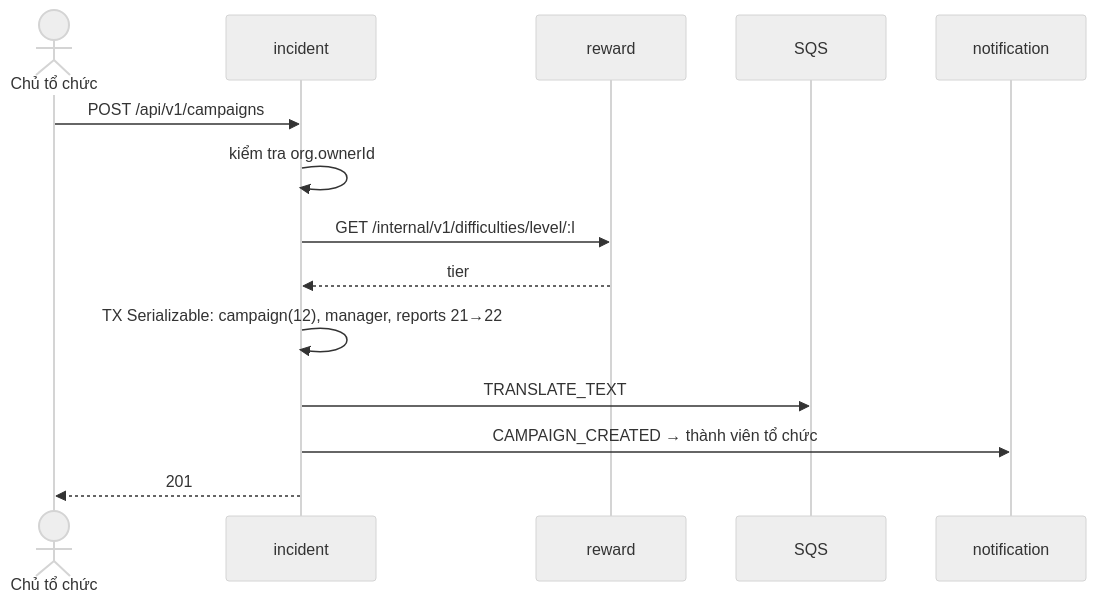
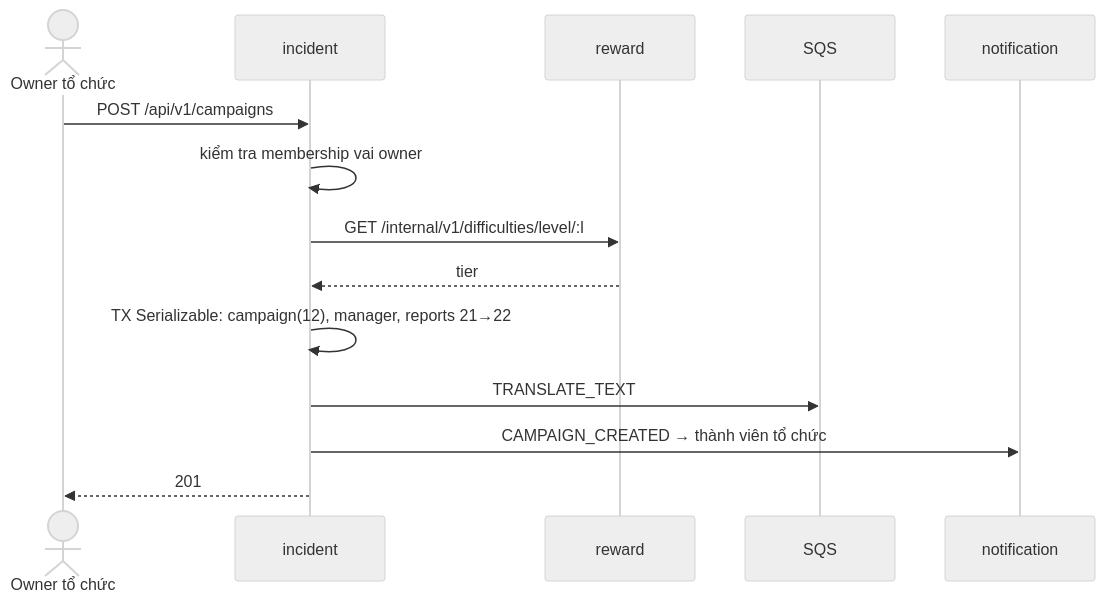
Diagram 14 of 24 in 02-business-flows.md (DOAN2-UQT-KN/ecolink-docs), drawn with Mermaid (neutral theme) before and after one commit. The commit also changed other lines of this file and 10 other files, not shown here.

Commit message:
docs: multi-owner organization registration flow

````diff
--- a/02-business-flows.md
+++ b/02-business-flows.md
@@ -661,16 +586,16 @@
 ```mermaid
 sequenceDiagram
-  actor O as Chủ tổ chức
+  actor O as Owner tổ chức
   participant INC as incident
   participant RW as reward
   participant Q as SQS
   participant NS as notification
   O->>INC: POST /api/v1/campaigns
-  INC->>INC: kiểm tra org.ownerId
+  INC->>INC: kiểm tra membership vai owner
   INC->>RW: GET /internal/v1/difficulties/level/:l
   RW-->>INC: tier
   INC->>INC: TX Serializable: campaign(12), manager, reports 21→22
   INC->>Q: TRANSLATE_TEXT
   INC->>NS: CAMPAIGN_CREATED → thành viên tổ chức
   INC-->>O: 201
 ```
````
